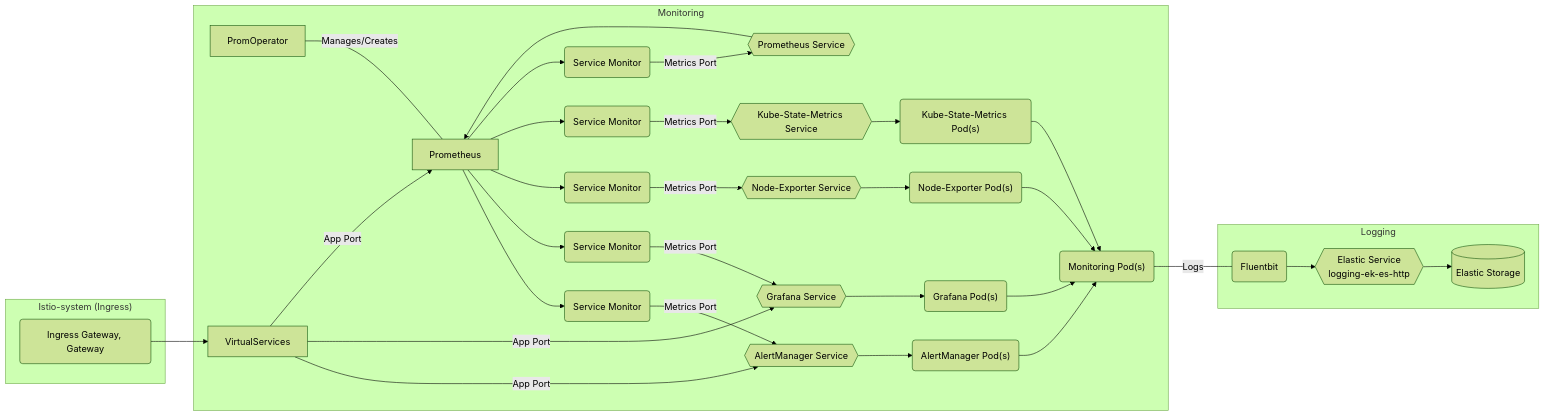
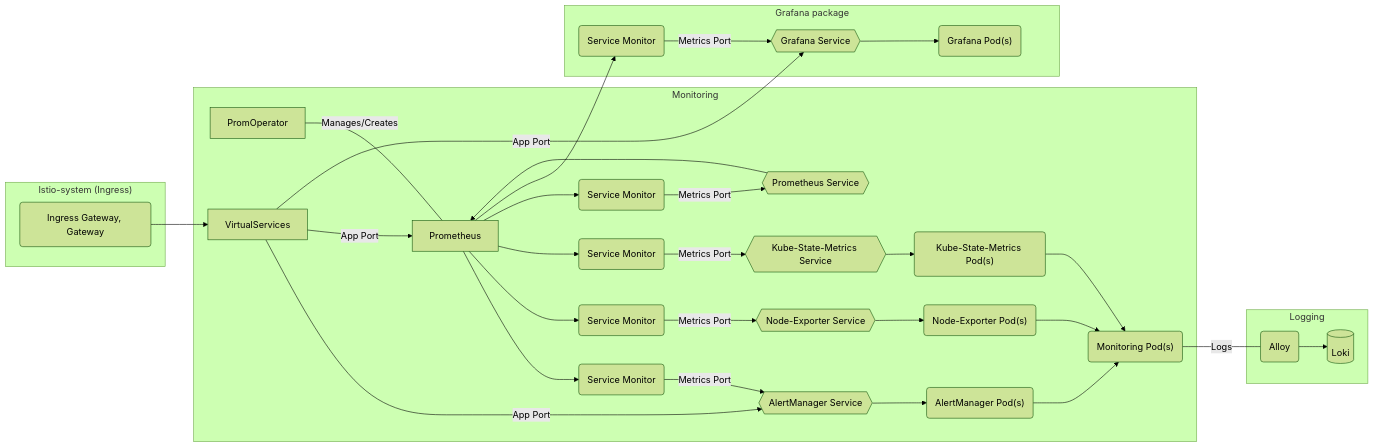
Before and after one commit to shebashio/bigbang: the diagram in docs/packages/core/monitoring.md, drawn with Mermaid (forest theme). The commit also changed other lines of this file, not shown here.

Commit message:
Correct monitoring package configuration examples

````diff
--- a/docs/packages/core/monitoring.md
+++ b/docs/packages/core/monitoring.md
@@ -9,35 +9,35 @@
 ```mermaid
 graph LR
   subgraph "Monitoring"
     alertmanagerpods("AlertManager Pod(s)") --> monitoringpods("Monitoring Pod(s)")
     alertmanagerservice{{AlertManager Service}} --> alertmanagerpods("AlertManager Pod(s)")
     alertmanagersvcmonitor("Service Monitor") --"Metrics Port"--> alertmanagerservice
     Prometheus --> alertmanagersvcmonitor("Service Monitor")
-    grafanapods("Grafana Pod(s)") --> monitoringpods("Monitoring Pod(s)")
-    grafanaservice{{Grafana Service}} --> grafanapods("Grafana Pod(s)")
-    grafanasvcmonitor("Service Monitor") --"Metrics Port"--> grafanaservice
-    Prometheus --> grafanasvcmonitor("Service Monitor")
     nodeexporterpods("Node-Exporter Pod(s)") --> monitoringpods("Monitoring Pod(s)")
     nodeexporterservice{{Node-Exporter Service}} -->  nodeexporterpods("Node-Exporter Pod(s)")
     nodeexportersvcmonitor("Service Monitor") --"Metrics Port"-->  nodeexporterservice
     Prometheus --> nodeexportersvcmonitor("Service Monitor")
     kubestatemetricspods("Kube-State-Metrics Pod(s)") --> monitoringpods("Monitoring Pod(s)")
     kubestatemetricsservice{{Kube-State-Metrics Service}} -->  kubestatemetricspods("Kube-State-Metrics Pod(s)")
     kubestatemetricssvcmonitor("Service Monitor") --"Metrics Port"-->  kubestatemetricsservice
     Prometheus --> kubestatemetricssvcmonitor("Service Monitor")
     Prometheus --> prometheussvcmonitor("Service Monitor")
     prometheussvcmonitor("Service Monitor") --"Metrics Port"--> prmetheussservice{{Prometheus Service}}
     prmetheussservice{{Prometheus Service}} --> Prometheus
     PromOperator ---|Manages/Creates| Prometheus
     VirtualServices --"App Port"--> alertmanagerservice
-    VirtualServices --"App Port"--> grafanaservice
     VirtualServices --"App Port"--> Prometheus
   end
   subgraph "Logging"
-    monitoringpods("Monitoring Pod(s)") ---|Logs|fluent(Fluentbit) --> logging-ek-es-http
-    logging-ek-es-http{{Elastic Service<br />logging-ek-es-http}} --> elastic[(Elastic Storage)]
+    monitoringpods("Monitoring Pod(s)") ---|Logs|alloy(Alloy) --> loki[(Loki)]
+  end
+  subgraph "Grafana package"
+    grafanaservice{{Grafana Service}} --> grafanapods("Grafana Pod(s)")
+    grafanasvcmonitor("Service Monitor") --"Metrics Port"--> grafanaservice
+    Prometheus --> grafanasvcmonitor
+    VirtualServices --"App Port"--> grafanaservice
   end
   subgraph "Istio-system (Ingress)"
     ig(Ingress Gateway, Gateway) --> VirtualServices
   end
 ```
````
